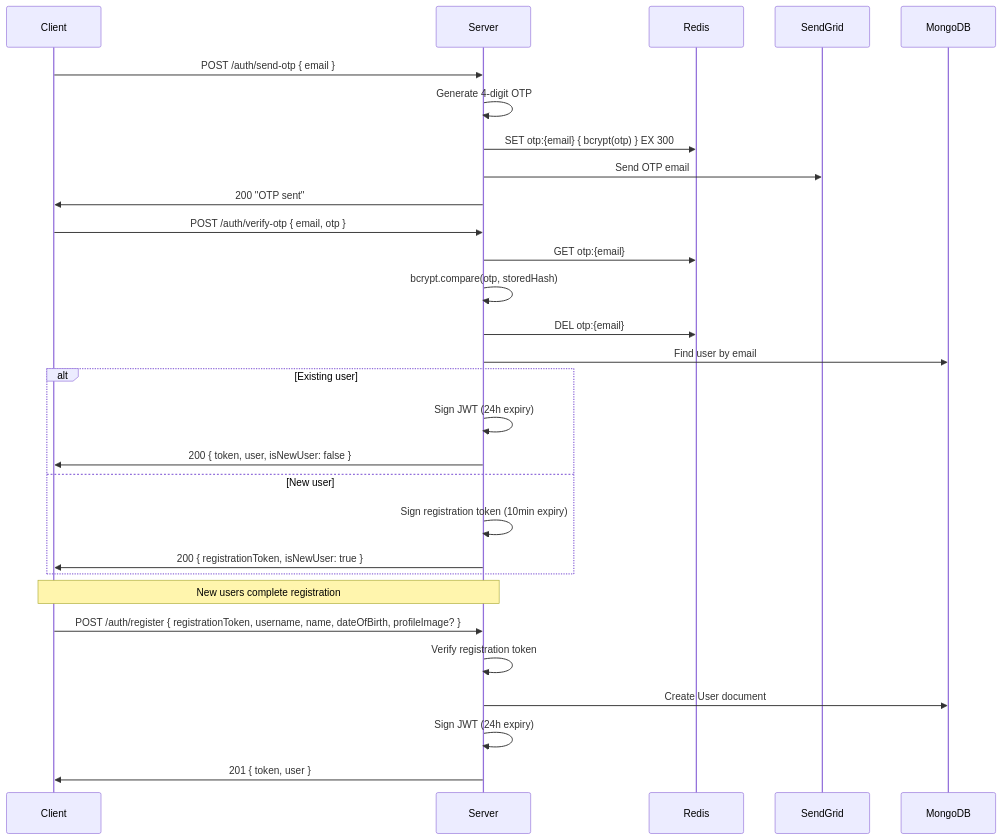
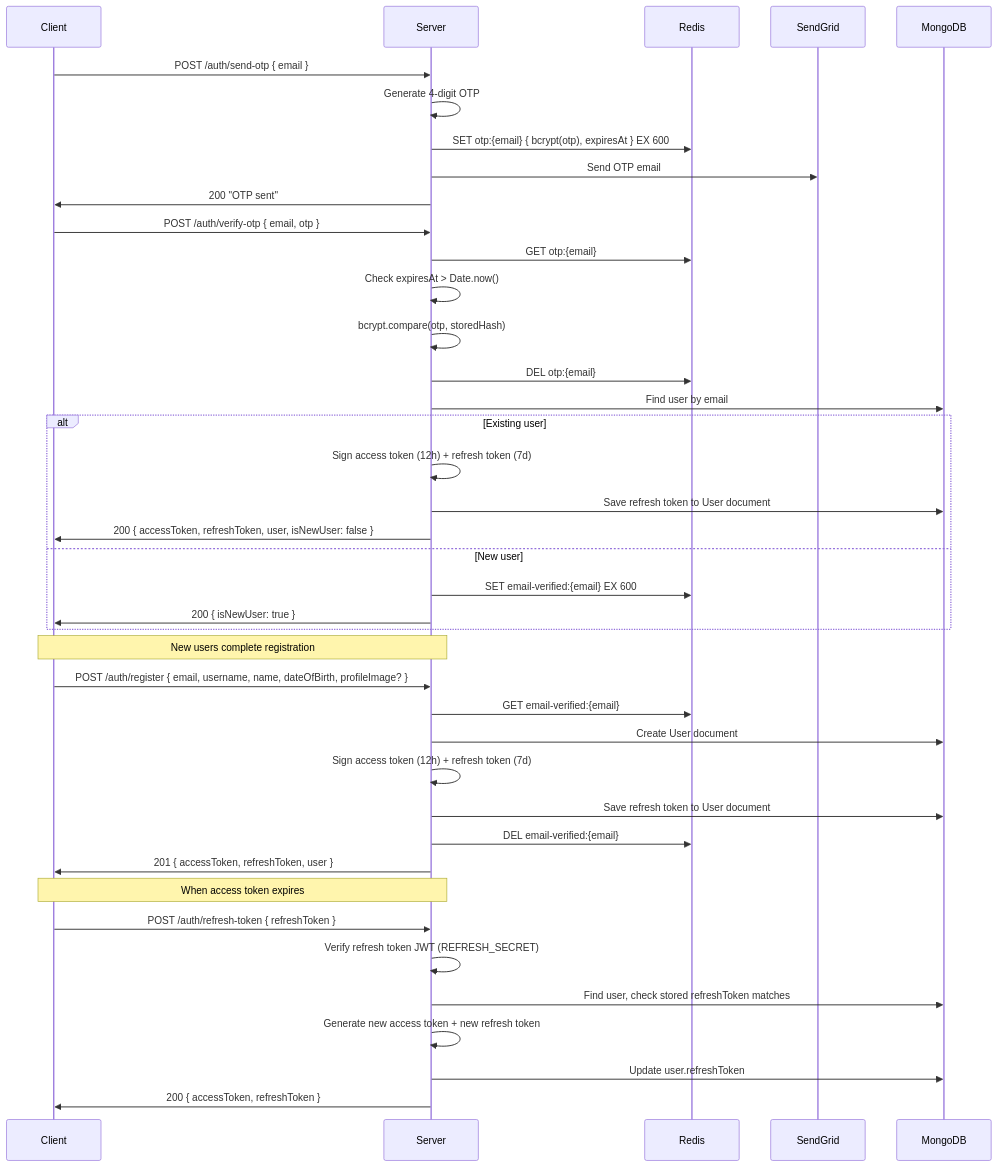
One commit to Spandana-m0206/checkmate-API changed the second of 9 diagrams in README.md. Above: the diagram before and after it, drawn with Mermaid. The commit also changed other lines of this file and 9 other files, not shown here.

Commit message:
auth:updated authentication with referesh access token based

````diff
--- a/README.md
+++ b/README.md
@@ -153,36 +153,49 @@
 ```mermaid
 sequenceDiagram
     participant C as Client
     participant S as Server
     participant R as Redis
     participant SG as SendGrid
     participant M as MongoDB
 
     C->>S: POST /auth/send-otp { email }
     S->>S: Generate 4-digit OTP
-    S->>R: SET otp:{email} { bcrypt(otp) } EX 300
+    S->>R: SET otp:{email} { bcrypt(otp), expiresAt } EX 600
     S->>SG: Send OTP email
     S->>C: 200 "OTP sent"
 
     C->>S: POST /auth/verify-otp { email, otp }
     S->>R: GET otp:{email}
+    S->>S: Check expiresAt > Date.now()
     S->>S: bcrypt.compare(otp, storedHash)
     S->>R: DEL otp:{email}
     S->>M: Find user by email
 
     alt Existing user
-        S->>S: Sign JWT (24h expiry)
-        S->>C: 200 { token, user, isNewUser: false }
+        S->>S: Sign access token (12h) + refresh token (7d)
+        S->>M: Save refresh token to User document
+        S->>C: 200 { accessToken, refreshToken, user, isNewUser: false }
     else New user
-        S->>S: Sign registration token (10min expiry)
-        S->>C: 200 { registrationToken, isNewUser: true }
+        S->>R: SET email-verified:{email} EX 600
+        S->>C: 200 { isNewUser: true }
     end
 
     Note over C,S: New users complete registration
 
-    C->>S: POST /auth/register { registrationToken, username, name, dateOfBirth, profileImage? }
-    S->>S: Verify registration token
+    C->>S: POST /auth/register { email, username, name, dateOfBirth, profileImage? }
+    S->>R: GET email-verified:{email}
     S->>M: Create User document
-    S->>S: Sign JWT (24h expiry)
-    S->>C: 201 { token, user }
+    S->>S: Sign access token (12h) + refresh token (7d)
+    S->>M: Save refresh token to User document
+    S->>R: DEL email-verified:{email}
+    S->>C: 201 { accessToken, refreshToken, user }
+
+    Note over C,S: When access token expires
+
+    C->>S: POST /auth/refresh-token { refreshToken }
+    S->>S: Verify refresh token JWT (REFRESH_SECRET)
+    S->>M: Find user, check stored refreshToken matches
+    S->>S: Generate new access token + new refresh token
+    S->>M: Update user.refreshToken
+    S->>C: 200 { accessToken, refreshToken }
 ```
````
